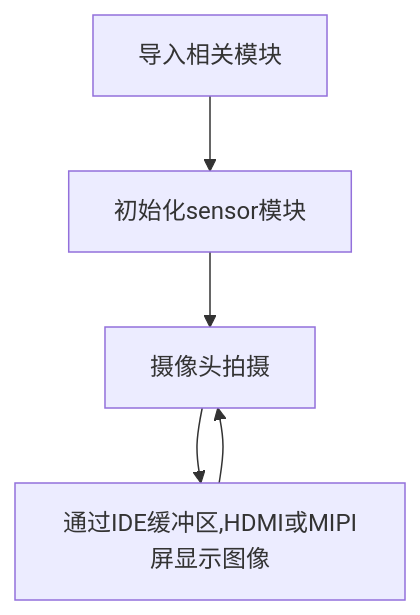
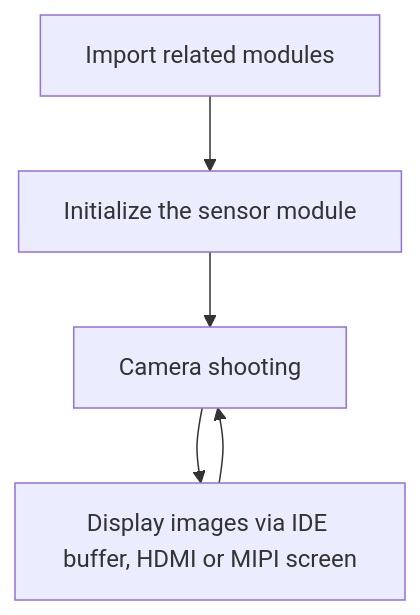
The diagram in i18n/en/docusaurus-plugin-content-docs/current/canmv_k230/machine_vision/display.md (01studio-lab/01studio_wiki), drawn with Mermaid before and after one commit. The commit also changed other lines of this file and 8 other files, not shown here.

````diff
--- a/i18n/en/docusaurus-plugin-content-docs/current/canmv_k230/machine_vision/display.md
+++ b/i18n/en/docusaurus-plugin-content-docs/current/canmv_k230/machine_vision/display.md
@@ -84,4 +81,4 @@
 ```mermaid
 graph TD
-    导入相关模块 --> 初始化sensor模块 --> 摄像头拍摄 --> 通过IDE缓冲区,HDMI或MIPI屏显示图像 --> 摄像头拍摄;
+    id1[Import related modules] --> id2[Initialize the sensor module] --> id3[Camera shooting] --> id4[Display images via IDE buffer, HDMI or MIPI screen] --> id3;
 ```
````
